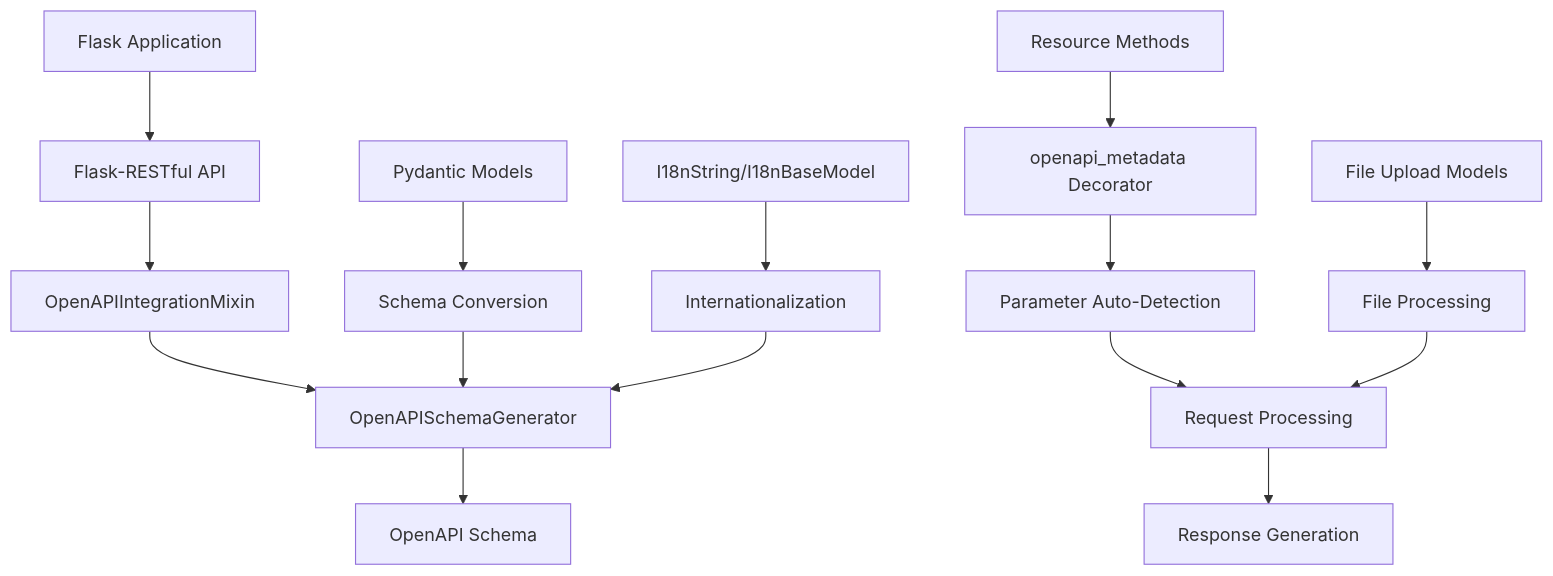
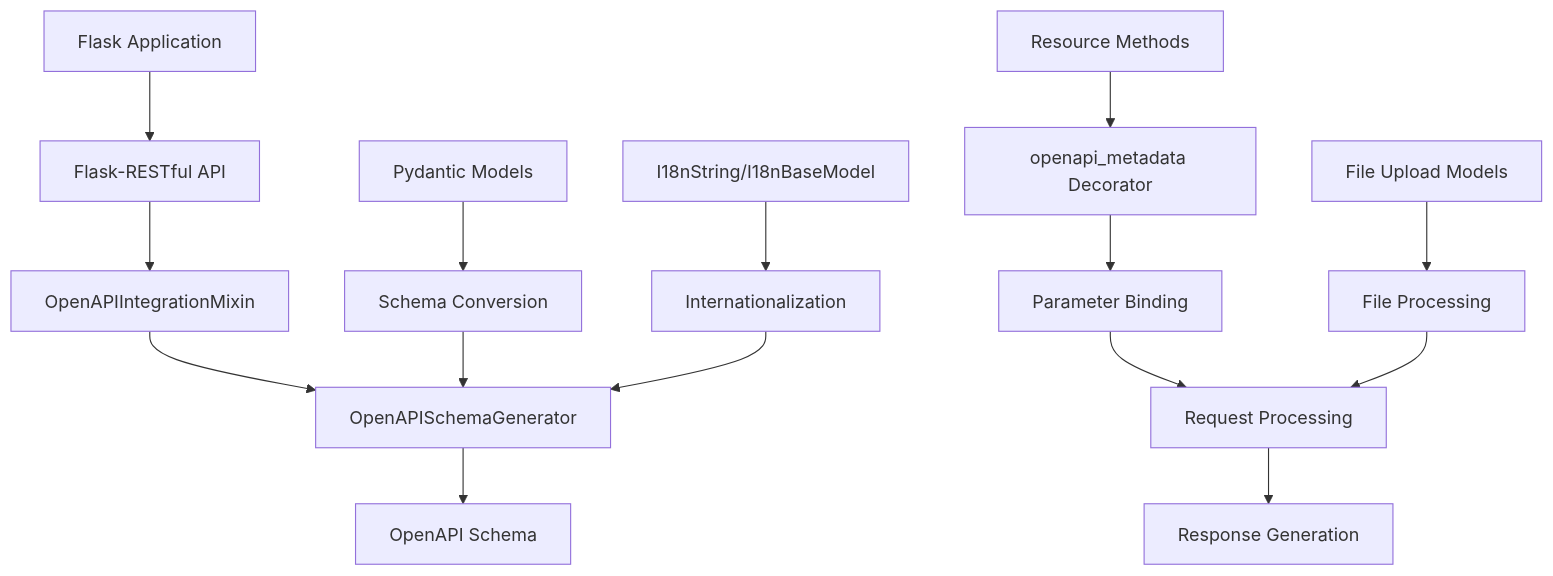
One commit to StrayDragon/flask-x-openapi-schema changed the diagram in docs/README.md. Above: the diagram before and after it, drawn with Mermaid. The commit also changed other lines of this file and 2 other files, not shown here.

````diff
--- a/docs/README.md
+++ b/docs/README.md
@@ -24,21 +24,21 @@
 ```mermaid
 graph TD
     A[Flask Application] --> B[Flask-RESTful API]
     B --> C[OpenAPIIntegrationMixin]
     C --> D[OpenAPISchemaGenerator]
     D --> E[OpenAPI Schema]
 
     F[Resource Methods] --> G[openapi_metadata Decorator]
-    G --> H[Parameter Auto-Detection]
+    G --> H[Parameter Binding]
     H --> I[Request Processing]
     I --> J[Response Generation]
 
     K[Pydantic Models] --> L[Schema Conversion]
     L --> D
 
     M[I18nString/I18nBaseModel] --> N[Internationalization]
     N --> D
 
     O[File Upload Models] --> P[File Processing]
     P --> I
 ```
````
